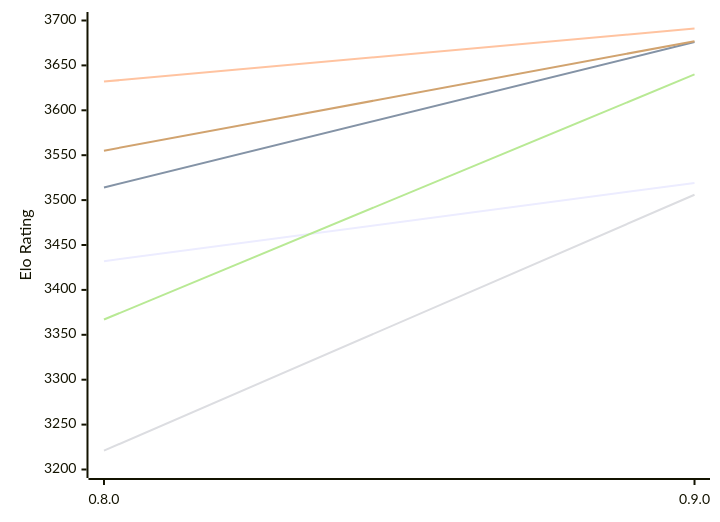
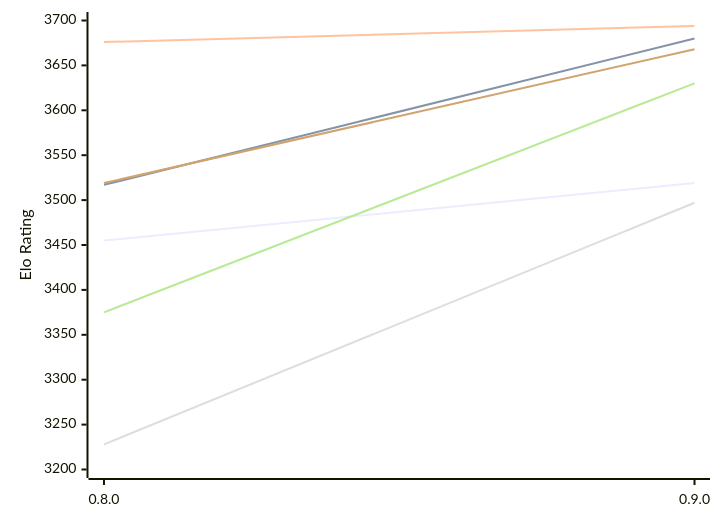
One commit to computer-chess-index/cci changed the first of 2 diagrams in engines/Reckless.md. Above: the diagram before and after it, drawn with Mermaid. The commit also changed other lines of this file, not shown here.

Commit message:
Update CCI Ratings (ELO VLTC) - 2026-11-15

````diff
--- a/engines/Reckless.md
+++ b/engines/Reckless.md
@@ -50,12 +50,12 @@
 ```mermaid
 %%{init: {"theme":"base","themeVariables":{"seriesColors:['#a3a3a3','#222221','#faa371']}}}%%
 xychart-beta
   x-axis ["0.8.0", "0.9.0"]
   y-axis "Elo Rating" 3200 --> 3700
-  line "E1: STC (8.0+0.08s)" [3432, 3519]
-  line "E1: LTC (60.0+0.60s)" [3514, 3676]
-  line "E1: VLTC (2m24s+1.12s)" [3632, 3691]
-  line "P1: STC (8.0+0.08s)" [3221, 3506]
-  line "P1: LTC (60.0+0.60s)" [3367, 3640]
-  line "P1: VLTC (2m24s+1.12s)" [3555, 3677]
+  line "E1: STC (8.0+0.08s)" [3455, 3519]
+  line "E1: LTC (60.0+0.60s)" [3517, 3680]
+  line "E1: VLTC (2m24s+1.12s)" [3676, 3694]
+  line "P1: STC (8.0+0.08s)" [3228, 3497]
+  line "P1: LTC (60.0+0.60s)" [3375, 3630]
+  line "P1: VLTC (2m24s+1.12s)" [3519, 3668]
 ```
````
